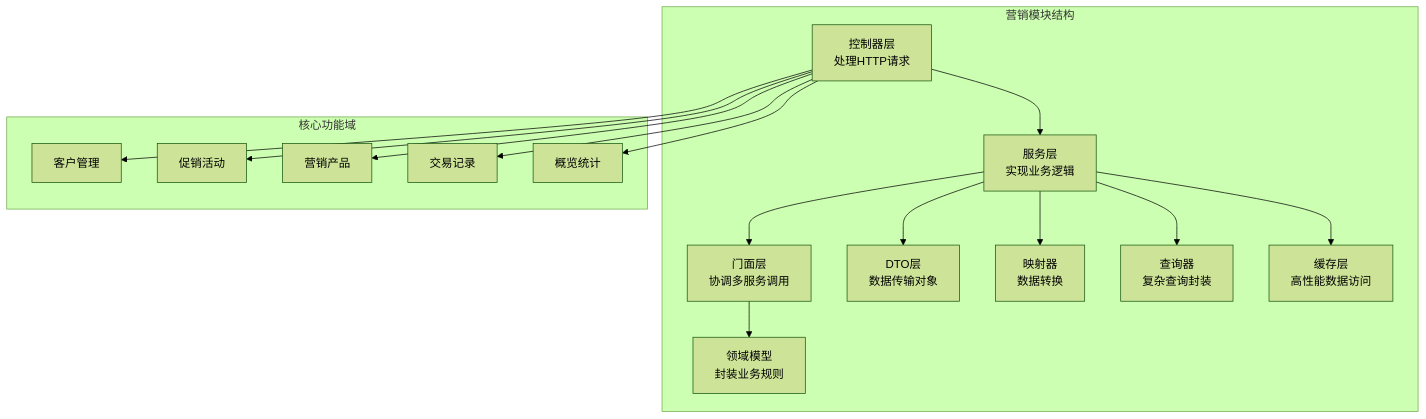
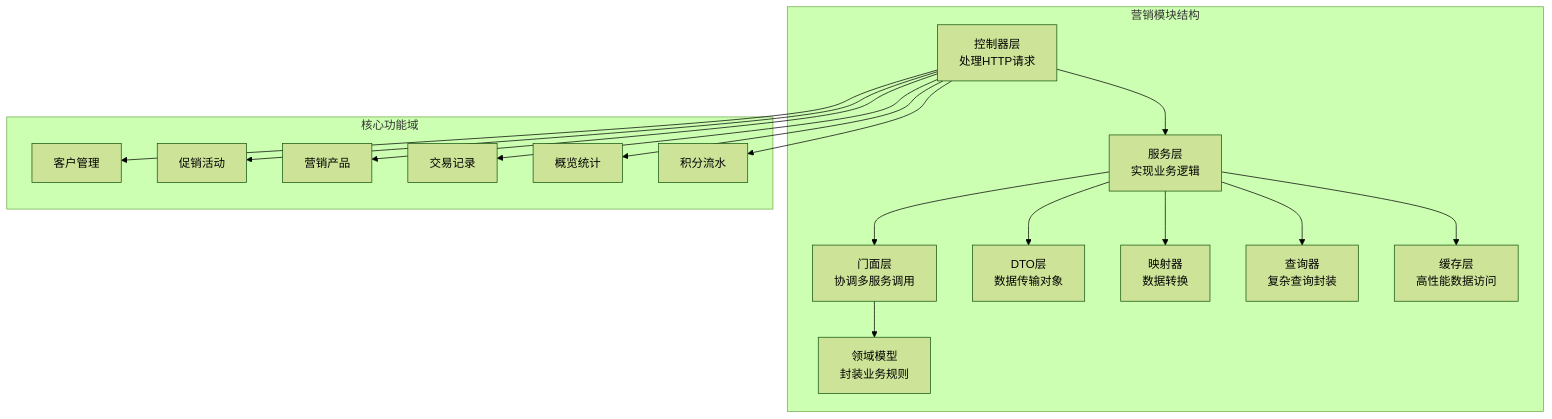
The first of 32 diagrams in .qoder/repowiki/zh/content/业务模块/营销推广模块/营销推广模块.md (rc558620/purelyprofit-server), drawn with Mermaid (forest theme) before and after one commit. The commit also changed other lines of this file and 16 other files, not shown here.

````diff
--- a/.qoder/repowiki/zh/content/业务模块/营销推广模块/营销推广模块.md
+++ b/.qoder/repowiki/zh/content/业务模块/营销推广模块/营销推广模块.md
@@ -111,32 +181,34 @@
 ```mermaid
 graph TB
 subgraph "营销模块结构"
 Controllers["控制器层<br/>处理HTTP请求"]
 Services["服务层<br/>实现业务逻辑"]
 Facades["门面层<br/>协调多服务调用"]
 Domain["领域模型<br/>封装业务规则"]
 DTOs["DTO层<br/>数据传输对象"]
 Mappers["映射器<br/>数据转换"]
 Queries["查询器<br/>复杂查询封装"]
 Cache["缓存层<br/>高性能数据访问"]
 end
 subgraph "核心功能域"
 Customers["客户管理"]
 Promotions["促销活动"]
 Products["营销产品"]
 Transactions["交易记录"]
 Overview["概览统计"]
+PointsRecords["积分流水"]
 end
 Controllers --> Services
 Services --> Facades
 Facades --> Domain
 Services --> DTOs
 Services --> Mappers
 Services --> Queries
 Services --> Cache
 Controllers --> Customers
 Controllers --> Promotions
 Controllers --> Products
 Controllers --> Transactions
 Controllers --> Overview
+Controllers --> PointsRecords
 ```
````
